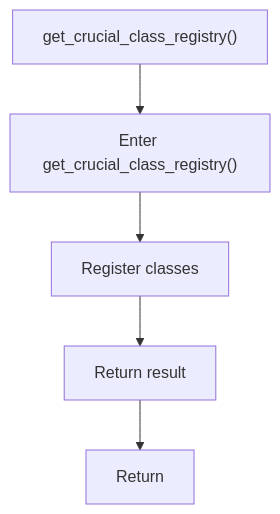
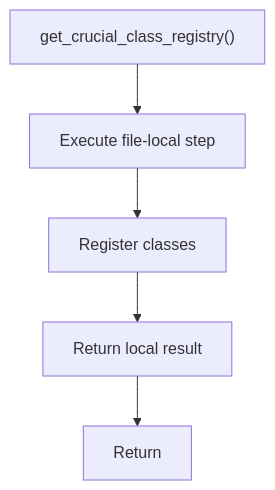
The diagram in docs/Codebase/Microservice/Modules/Source/Analysis/Lexical/StructuralHooks/Flow/functions/get_crucial_class_registry.cpp.md (JohnAndrewBalbarosa/NeoTerritory), drawn with Mermaid before and after one commit. The commit also changed other lines of this file and 925 other files, not shown here.

````diff
--- a/docs/Codebase/Microservice/Modules/Source/Analysis/Lexical/StructuralHooks/Flow/functions/get_crucial_class_registry.cpp.md
+++ b/docs/Codebase/Microservice/Modules/Source/Analysis/Lexical/StructuralHooks/Flow/functions/get_crucial_class_registry.cpp.md
@@ -17,12 +17,12 @@
 ```mermaid
 flowchart TD
     Start["get_crucial_class_registry()"]
-    N0["Enter get_crucial_class_registry()"]
+    N0["Execute file-local step"]
     N1["Register classes"]
-    N2["Return result"]
+    N2["Return local result"]
     End["Return"]
     Start --> N0
     N0 --> N1
     N1 --> N2
     N2 --> End
 ```
````
